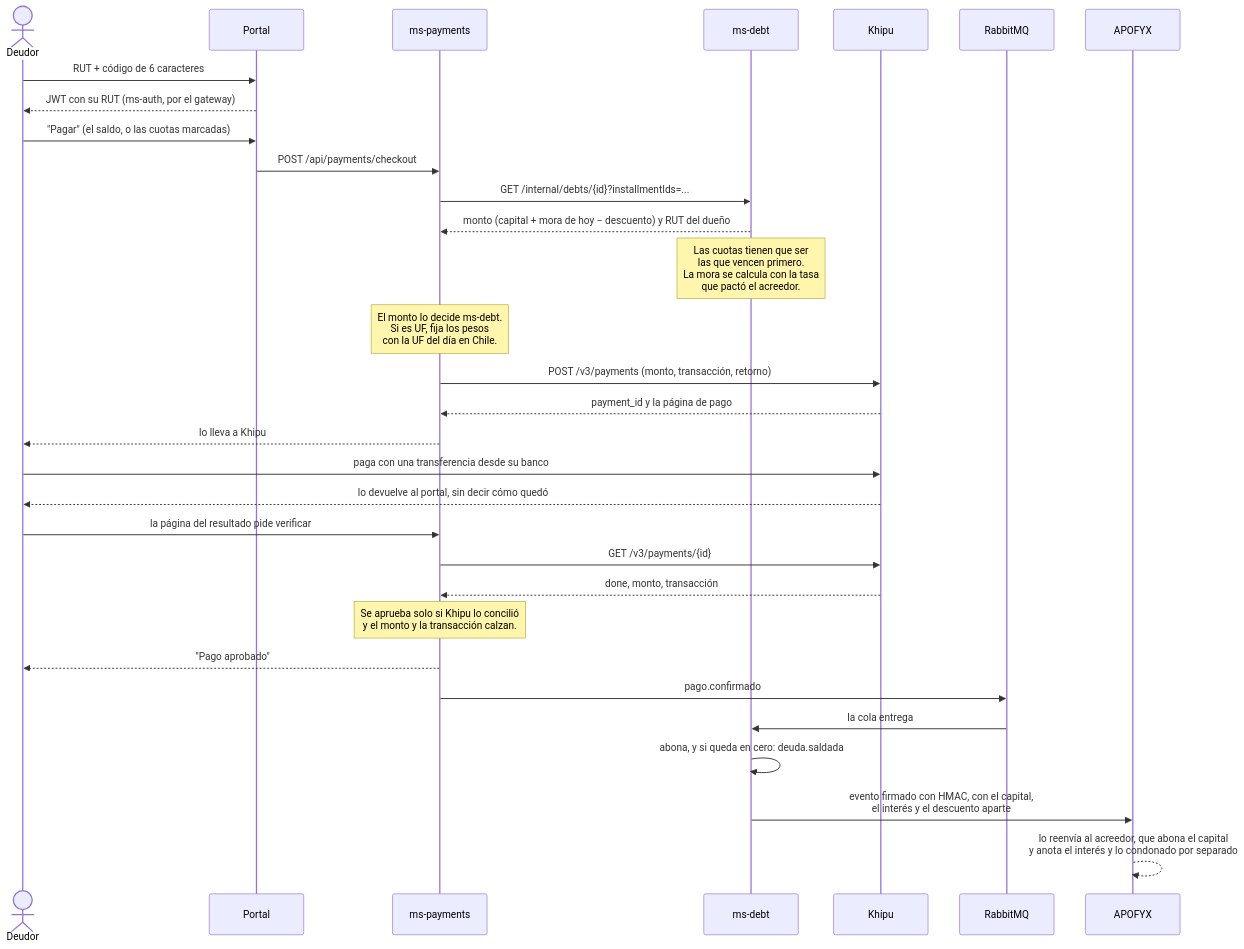
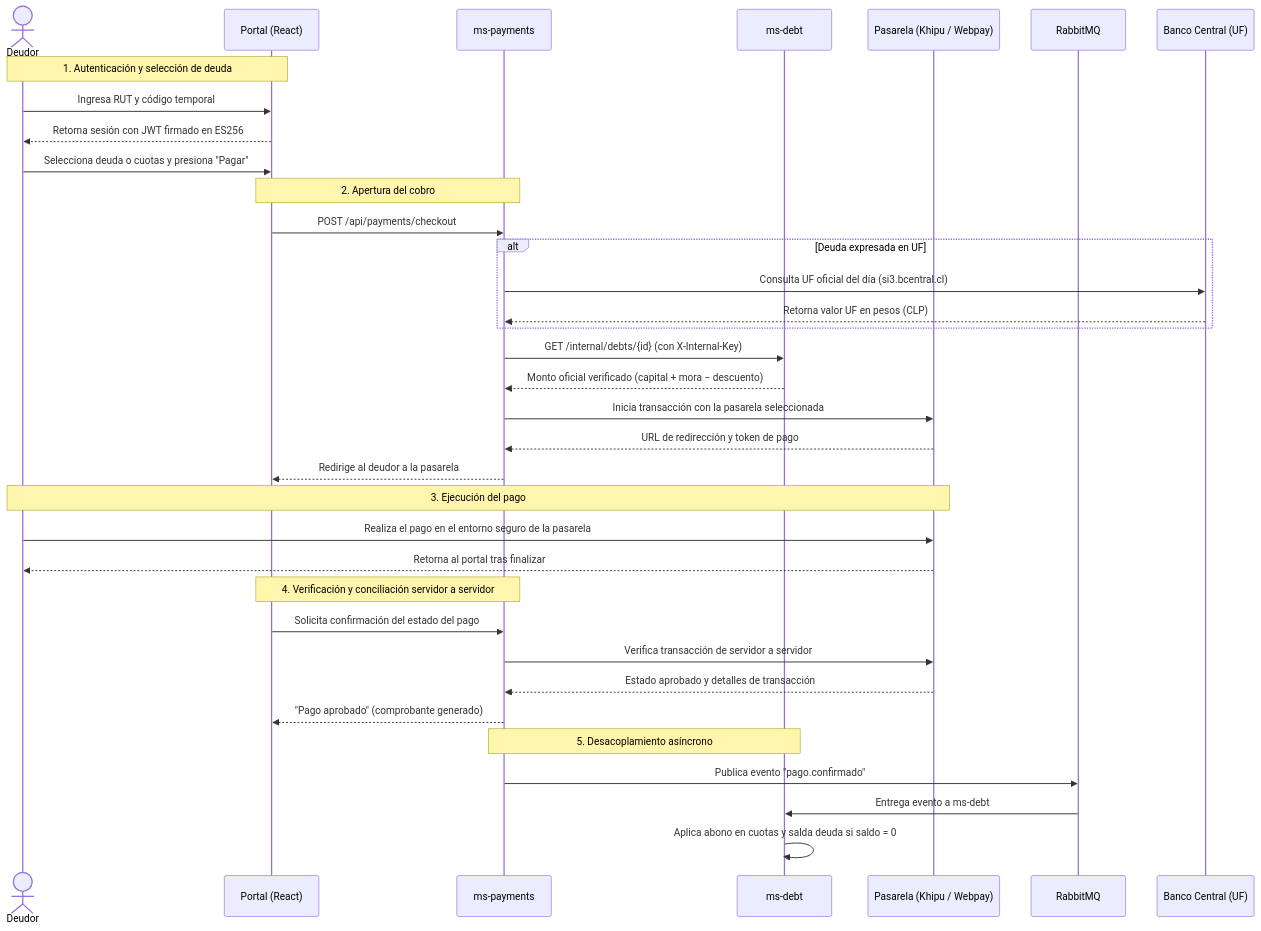
Before and after one commit to TechnicalBridge/DataBridge: the third of 3 diagrams in README.md, drawn with Mermaid. The commit also changed other lines of this file and 15 other files, not shown here.

First line of the commit message:
docs(readme): Reestructurar README según formato requerido y actualizar diagramas de arquitectura (#253)

````diff
--- a/README.md
+++ b/README.md
@@ -1335,37 +349,42 @@
 ```mermaid
 sequenceDiagram
     actor D as Deudor
-    participant P as Portal
+    participant P as Portal (React)
     participant Y as ms-payments
     participant M as ms-debt
-    participant K as Khipu
+    participant K as Pasarela (Khipu / Webpay)
     participant R as RabbitMQ
-    participant X as APOFYX
+    participant B as Banco Central (UF)
 
-    D->>P: RUT + código de 6 caracteres
-    P-->>D: JWT con su RUT (ms-auth, por el gateway)
+    Note over D,P: 1. Autenticación y selección de deuda
+    D->>P: Ingresa RUT y código temporal
+    P-->>D: Retorna sesión con JWT firmado en ES256
+    D->>P: Selecciona deuda o cuotas y presiona "Pagar"
 
-    D->>P: "Pagar" (el saldo, o las cuotas marcadas)
+    Note over P,Y: 2. Apertura del cobro
     P->>Y: POST /api/payments/checkout
-    Y->>M: GET /internal/debts/{id}?installmentIds=...
-    M-->>Y: monto (capital + mora de hoy − descuento) y RUT del dueño
-    Note over M: Las cuotas tienen que ser<br/>las que vencen primero.<br/>La mora se calcula con la tasa<br/>que pactó el acreedor.
-    Note over Y: El monto lo decide ms-debt.<br/>Si es UF, fija los pesos<br/>con la UF del día en Chile.
-    Y->>K: POST /v3/payments (monto, transacción, retorno)
-    K-->>Y: payment_id y la página de pago
-    Y-->>D: lo lleva a Khipu
+    alt Deuda expresada en UF
+        Y->>B: Consulta UF oficial del día (si3.bcentral.cl)
+        B-->>Y: Retorna valor UF en pesos (CLP)
+    end
+    Y->>M: GET /internal/debts/{id} (con X-Internal-Key)
+    M-->>Y: Monto oficial verificado (capital + mora − descuento)
+    Y->>K: Inicia transacción con la pasarela seleccionada
+    K-->>Y: URL de redirección y token de pago
+    Y-->>P: Redirige al deudor a la pasarela
 
-    D->>K: paga con una transferencia desde su banco
-    K-->>D: lo devuelve al portal, sin decir cómo quedó
-    D->>Y: la página del resultado pide verificar
-    Y->>K: GET /v3/payments/{id}
-    K-->>Y: done, monto, transacción
-    Note over Y: Se aprueba solo si Khipu lo concilió<br/>y el monto y la transacción calzan.
-    Y-->>D: "Pago aprobado"
+    Note over D,K: 3. Ejecución del pago
+    D->>K: Realiza el pago en el entorno seguro de la pasarela
+    K-->>D: Retorna al portal tras finalizar
 
-    Y->>R: pago.confirmado
-    R->>M: la cola entrega
-    M->>M: abona, y si queda en cero: deuda.saldada
-    M->>X: evento firmado con HMAC, con el capital,<br/>el interés y el descuento aparte
-    X-->>X: lo reenvía al acreedor, que abona el capital<br/>y anota el interés y lo condonado por separado
+    Note over P,Y: 4. Verificación y conciliación servidor a servidor
+    P->>Y: Solicita confirmación del estado del pago
+    Y->>K: Verifica transacción de servidor a servidor
+    K-->>Y: Estado aprobado y detalles de transacción
+    Y-->>P: "Pago aprobado" (comprobante generado)
+
+    Note over Y,M: 5. Desacoplamiento asíncrono
+    Y->>R: Publica evento "pago.confirmado"
+    R->>M: Entrega evento a ms-debt
+    M->>M: Aplica abono en cuotas y salda deuda si saldo = 0
 ```
````
